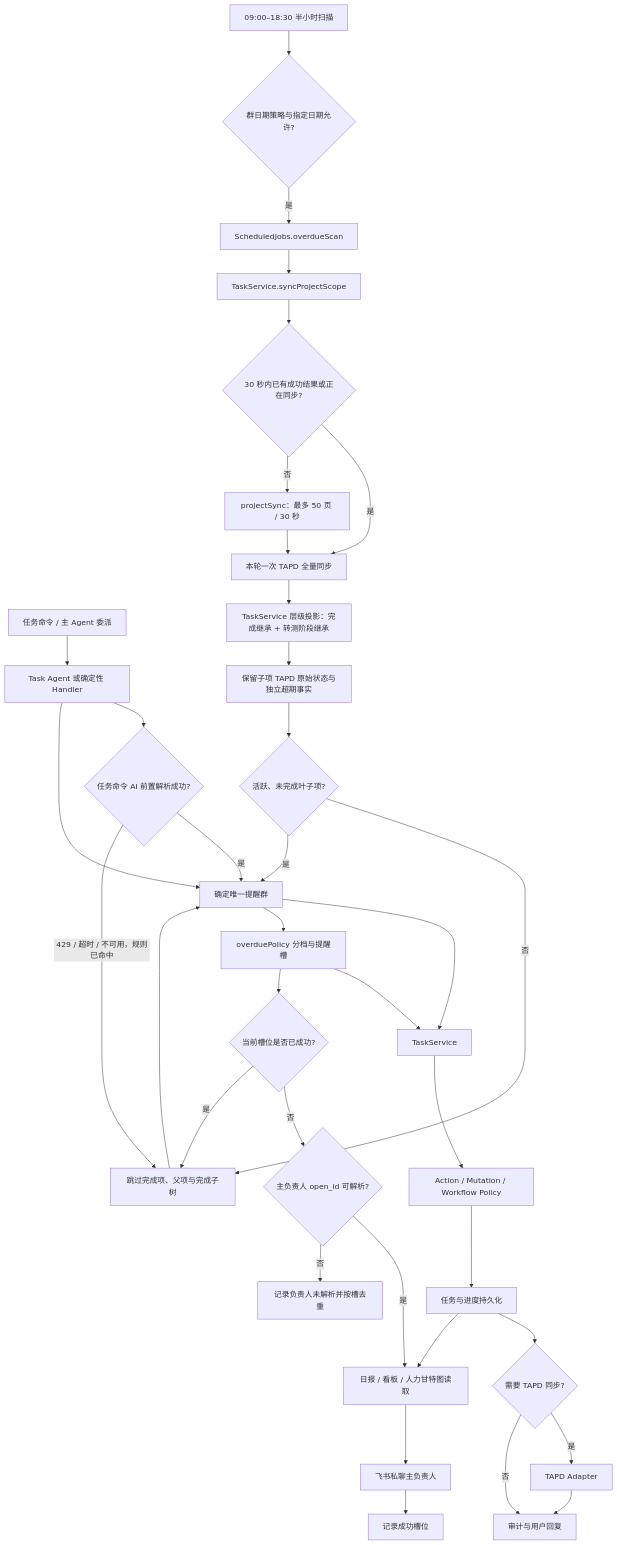
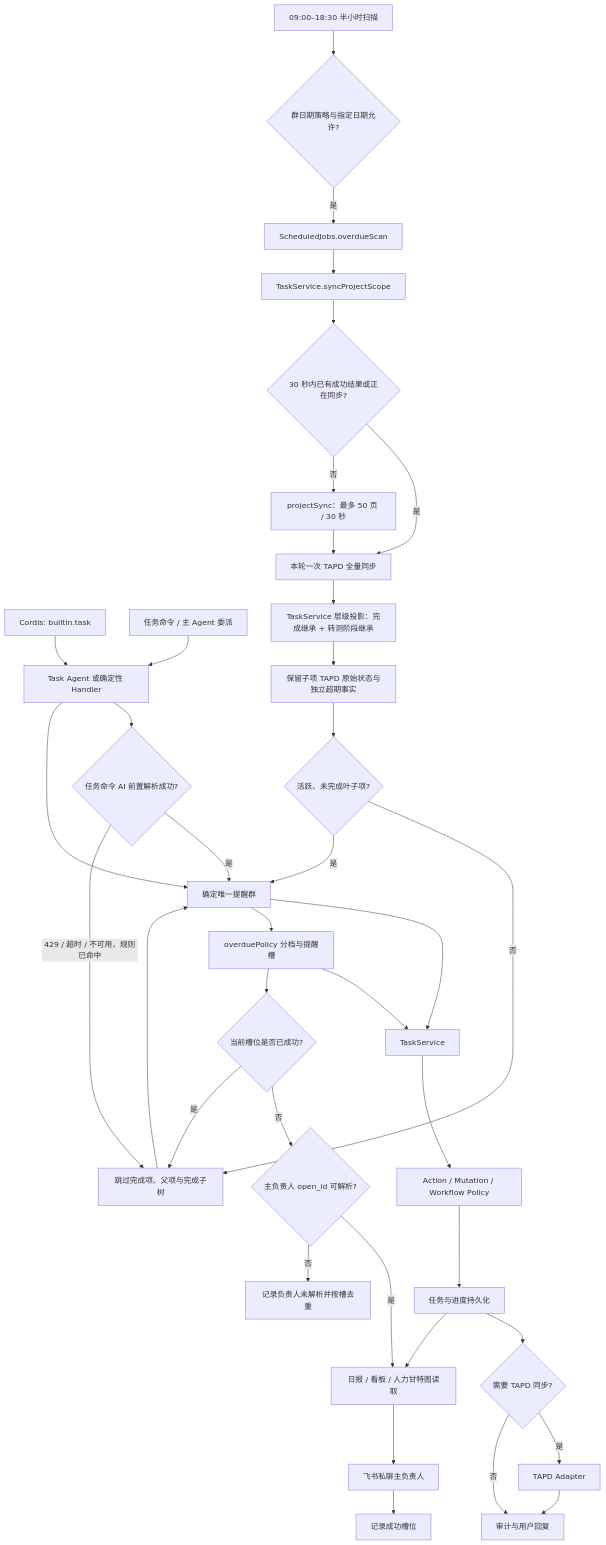
The diagram in backend/src/domains/task/FEATURE.md (KlayPeter/AI-Delivery-Ops-Agent), drawn with Mermaid before and after one commit. The commit also changed other lines of this file and 47 other files, not shown here.

````diff
--- a/backend/src/domains/task/FEATURE.md
+++ b/backend/src/domains/task/FEATURE.md
@@ -22,38 +22,39 @@
 ```mermaid
 flowchart TD
+    PL["Cordis: builtin.task"] --> B
     A["任务命令 / 主 Agent 委派"] --> B["Task Agent 或确定性 Handler"]
     B --> AI{"任务命令 AI 前置解析成功?"}
     AI -- "是" --> C["Task Tool Gateway"]
     AI -- "429 / 超时 / 不可用，规则已命中" --> R["确定性任务命令"]
     R --> C
     B --> C["Task Tool Gateway"]
     C --> D["TaskService"]
     S["09:00–18:30 半小时扫描"] --> HC{"群日期策略与指定日期允许?"}
     HC -- "是" --> O["ScheduledJobs.overdueScan"]
     O --> W["TaskService.syncProjectScope"]
     W --> C1{"30 秒内已有成功结果或正在同步?"}
     C1 -- "是" --> U
     C1 -- "否" --> K["projectSync：最多 50 页 / 30 秒"]
     K --> U["本轮一次 TAPD 全量同步"]
     U --> X["TaskService 层级投影：完成继承 + 转测阶段继承"]
     X --> X1["保留子项 TAPD 原始状态与独立超期事实"]
     X1 --> Y{"活跃、未完成叶子项?"}
     Y -- "否" --> R["跳过完成项、父项与完成子树"]
     Y -- "是" --> C["确定唯一提醒群"]
     C --> P["overduePolicy 分档与提醒槽"]
     P --> D
     P --> Q{"当前槽位是否已成功?"}
     Q -- "否" --> V{"主负责人 open_id 可解析?"}
     Q -- "是" --> R
     V -- "是" --> J["持久化领取任务-场景-槽位"]
     J --> N["飞书私聊主负责人"]
     V -- "否" --> Z["记录负责人未解析并按槽去重"]
     N --> T["记录成功槽位"]
     D --> E["Action / Mutation / Workflow Policy"]
     E --> F["任务与进度持久化"]
     F --> G{"需要 TAPD 同步?"}
     G -- 是 --> H["TAPD Adapter"]
     G -- 否 --> I["审计与用户回复"]
     H --> I
     F --> J["日报 / 看板 / 人力甘特图读取"]
 ```
````
